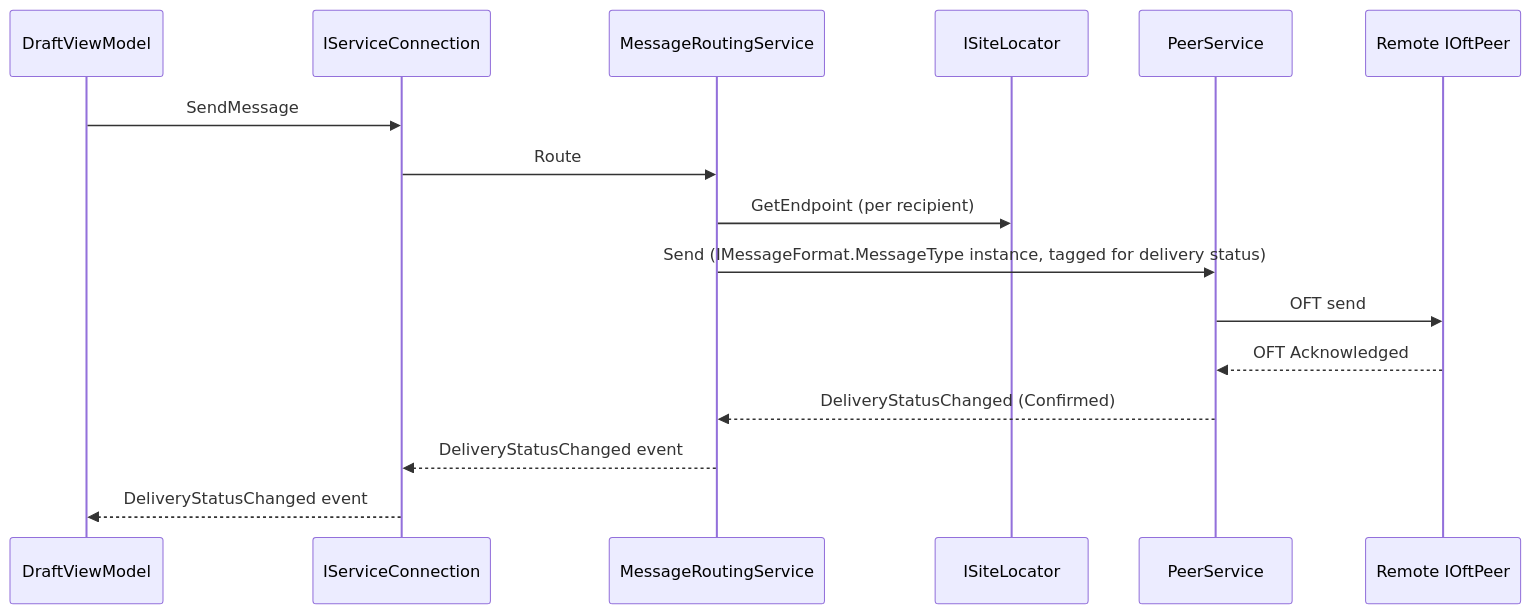
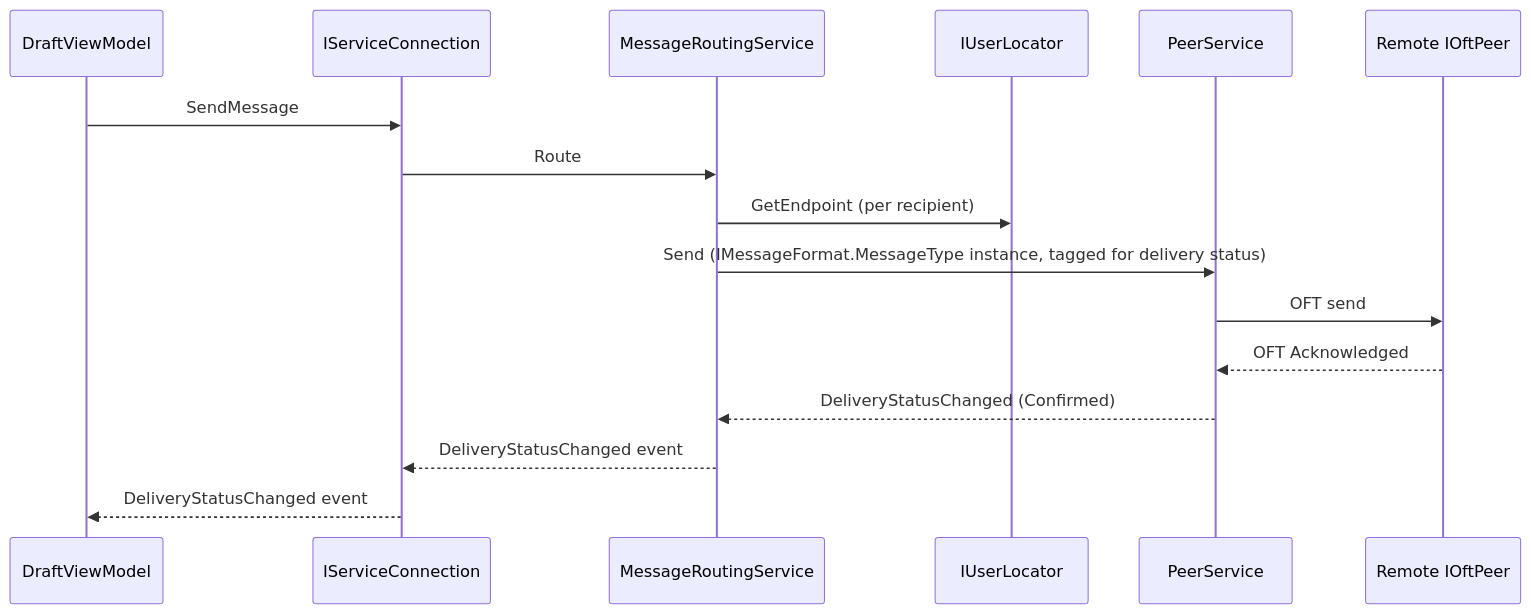
Before and after one commit to Blue-Heighliner/Comlink: the second of 4 diagrams in Docs/Architecture.md, drawn with Mermaid. The commit also changed other lines of this file and 101 other files, not shown here.

````diff
--- a/Docs/Architecture.md
+++ b/Docs/Architecture.md
@@ -56,18 +56,18 @@
 ```mermaid
 sequenceDiagram
     participant DVM as DraftViewModel
     participant SC as IServiceConnection
     participant MRS as MessageRoutingService
-    participant SL as ISiteLocator
+    participant SL as IUserLocator
     participant PS as PeerService
     participant RP as Remote IOftPeer
     DVM->>SC: SendMessage
     SC->>MRS: Route
     MRS->>SL: GetEndpoint (per recipient)
     MRS->>PS: Send (IMessageFormat.MessageType instance, tagged for delivery status)
     PS->>RP: OFT send
     RP-->>PS: OFT Acknowledged
     PS-->>MRS: DeliveryStatusChanged (Confirmed)
     MRS-->>SC: DeliveryStatusChanged event
     SC-->>DVM: DeliveryStatusChanged event
 ```
````
